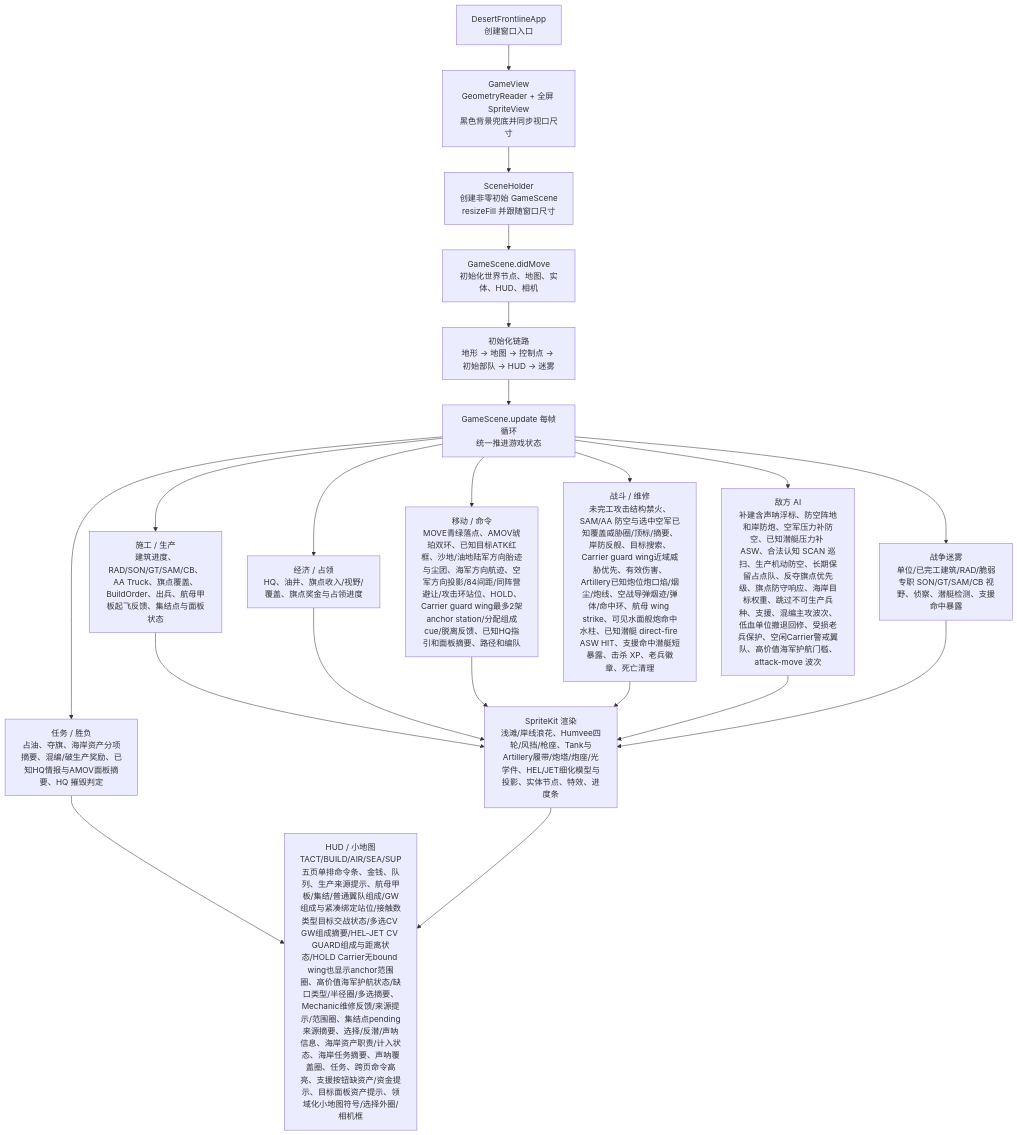
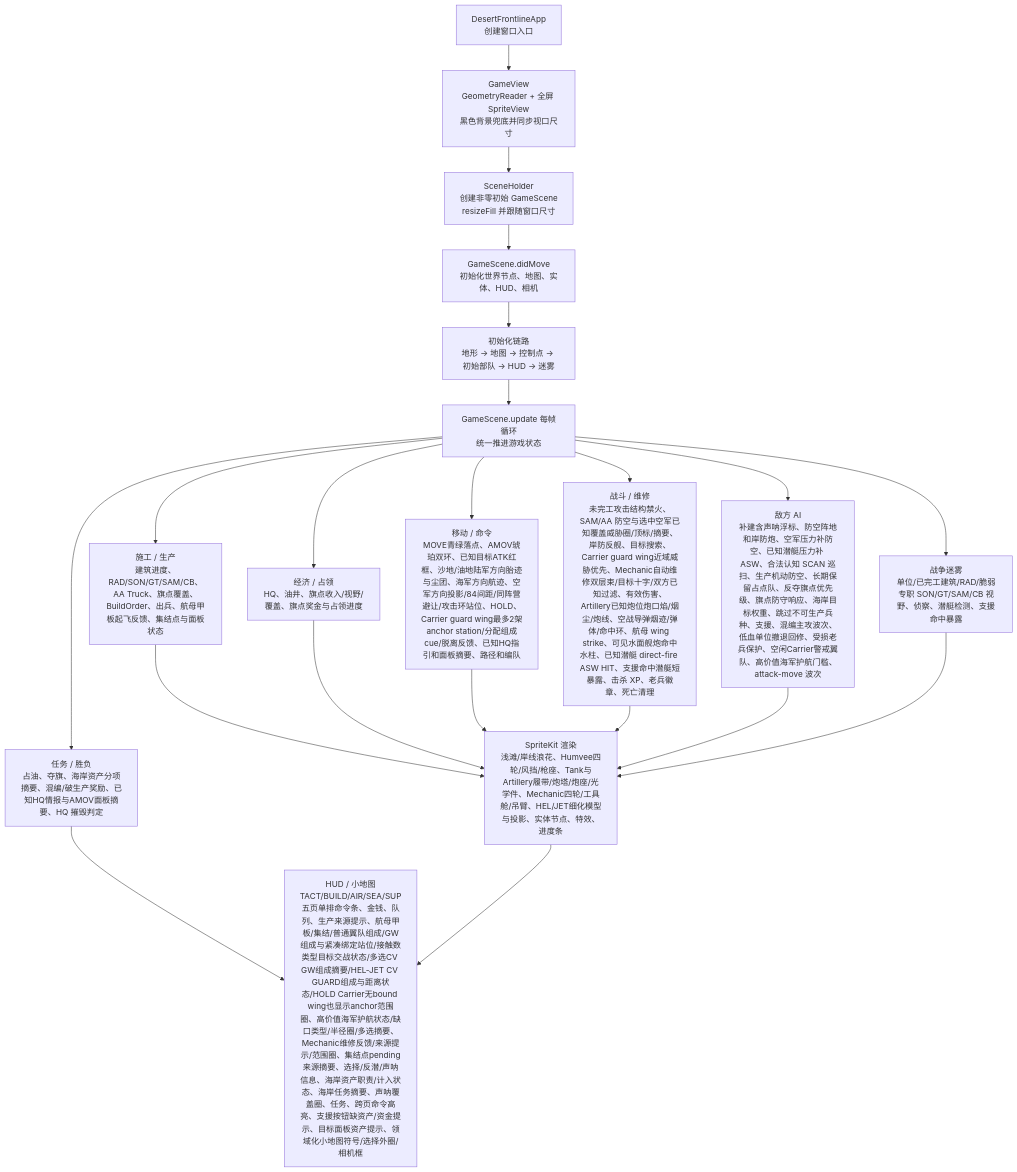
One commit to Altman-sam114/1145 changed the first of 3 diagrams in md/flow/flowchart.md. Above: the diagram before and after it, drawn with Mermaid. The commit also changed other lines of this file and 5 other files, not shown here.

````diff
--- a/md/flow/flowchart.md
+++ b/md/flow/flowchart.md
@@ -9,23 +9,23 @@
 ```mermaid
 flowchart TD
   App["DesertFrontlineApp\n创建窗口入口"] --> View["GameView\nGeometryReader + 全屏 SpriteView\n黑色背景兜底并同步视口尺寸"]
   View --> Holder["SceneHolder\n创建非零初始 GameScene\nresizeFill 并跟随窗口尺寸"]
   Holder --> Scene["GameScene.didMove\n初始化世界节点、地图、实体、HUD、相机"]
   Scene --> Init["初始化链路\n地形 -> 地图 -> 控制点 -> 初始部队 -> HUD -> 迷雾"]
   Init --> Loop["GameScene.update 每帧循环\n统一推进游戏状态"]
   Loop --> Build["施工 / 生产\n建筑进度、RAD/SON/GT/SAM/CB、AA Truck、旗点覆盖、BuildOrder、出兵、航母甲板起飞反馈、集结点与面板状态"]
   Loop --> Economy["经济 / 占领\nHQ、油井、旗点收入/视野/覆盖、旗点奖金与占领进度"]
   Loop --> Commands["移动 / 命令\nMOVE青绿落点、AMOV琥珀双环、已知目标ATK红框、沙地/油地陆军方向胎迹与尘团、海军方向航迹、空军方向投影/84间距/同阵营避让/攻击环站位、HOLD、Carrier guard wing最多2架anchor station/分配组成cue/脱离反馈、已知HQ指引和面板摘要、路径和编队"]
-  Loop --> Combat["战斗 / 维修\n未完工攻击结构禁火、SAM/AA 防空与选中空军已知覆盖威胁圈/顶标/摘要、岸防反舰、目标搜索、Carrier guard wing近域威胁优先、有效伤害、Artillery已知炮位炮口焰/烟尘/炮线、空战导弹烟迹/弹体/命中环、航母 wing strike、可见水面舰炮命中水柱、已知潜艇 direct-fire ASW HIT、支援命中潜艇短暴露、击杀 XP、老兵徽章、死亡清理"]
+  Loop --> Combat["战斗 / 维修\n未完工攻击结构禁火、SAM/AA 防空与选中空军已知覆盖威胁圈/顶标/摘要、岸防反舰、目标搜索、Carrier guard wing近域威胁优先、Mechanic自动维修双层束/目标十字/双方已知过滤、有效伤害、Artillery已知炮位炮口焰/烟尘/炮线、空战导弹烟迹/弹体/命中环、航母 wing strike、可见水面舰炮命中水柱、已知潜艇 direct-fire ASW HIT、支援命中潜艇短暴露、击杀 XP、老兵徽章、死亡清理"]
   Loop --> AI["敌方 AI\n补建含声呐浮标、防空阵地和岸防炮、空军压力补防空、已知潜艇压力补 ASW、合法认知 SCAN 巡扫、生产机动防空、长期保留占点队、反夺旗点优先级、旗点防守响应、海岸目标权重、跳过不可生产兵种、支援、混编主攻波次、低血单位撤退回修、受损老兵保护、空闲Carrier警戒翼队、高价值海军护航门槛、attack-move 波次"]
   Loop --> Fog["战争迷雾\n单位/已完工建筑/RAD/脆弱专职 SON/GT/SAM/CB 视野、侦察、潜艇检测、支援命中暴露"]
   Loop --> Mission["任务 / 胜负\n占油、夺旗、海岸资产分项摘要、混编/破生产奖励、已知HQ情报与AMOV面板摘要、HQ 摧毁判定"]
-  Build --> Render["SpriteKit 渲染\n浅滩/岸线浪花、Humvee四轮/风挡/枪座、Tank与Artillery履带/炮塔/炮座/光学件、HEL/JET细化模型与投影、实体节点、特效、进度条"]
+  Build --> Render["SpriteKit 渲染\n浅滩/岸线浪花、Humvee四轮/风挡/枪座、Tank与Artillery履带/炮塔/炮座/光学件、Mechanic四轮/工具舱/吊臂、HEL/JET细化模型与投影、实体节点、特效、进度条"]
   Economy --> Render
   Commands --> Render
   Combat --> Render
   AI --> Render
   Fog --> Render
   Mission --> HUD["HUD / 小地图\nTACT/BUILD/AIR/SEA/SUP五页单排命令条、金钱、队列、生产来源提示、航母甲板/集结/普通翼队组成/GW组成与紧凑绑定站位/接触数类型目标交战状态/多选CV GW组成摘要/HEL-JET CV GUARD组成与距离状态/HOLD Carrier无bound wing也显示anchor范围圈、高价值海军护航状态/缺口类型/半径圈/多选摘要、Mechanic维修反馈/来源提示/范围圈、集结点pending来源摘要、选择/反潜/声呐信息、海岸资产职责/计入状态、海岸任务摘要、声呐覆盖圈、任务、跨页命令高亮、支援按钮缺资产/资金提示、目标面板资产提示、领域化小地图符号/选择外圈/相机框"]
   Render --> HUD
 ```
````
